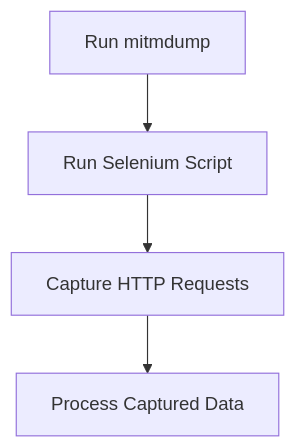
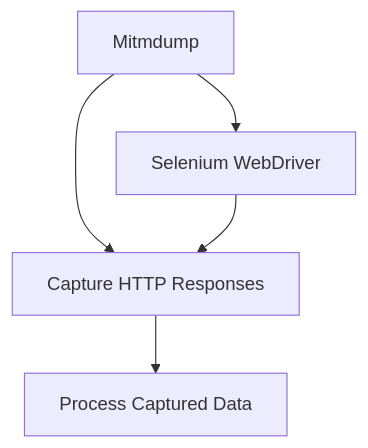
Before and after one commit to jonruida/PowerBI_Insights: the first of 3 diagrams in README.md, drawn with Mermaid. The commit also changed other lines of this file, not shown here.

````diff
--- a/README.md
+++ b/README.md
@@ -10,8 +10,9 @@
 ```mermaid
 graph TD;
-    B[Run mitmdump];
-    B --> C[Run Selenium Script];
-    C --> D[Capture HTTP Requests];
+    B[Mitmdump];
+    B --> C[Selenium WebDriver];
+    B --> D
+    C --> D[Capture HTTP Responses];
     D --> E[Process Captured Data];
     
 ```
````
